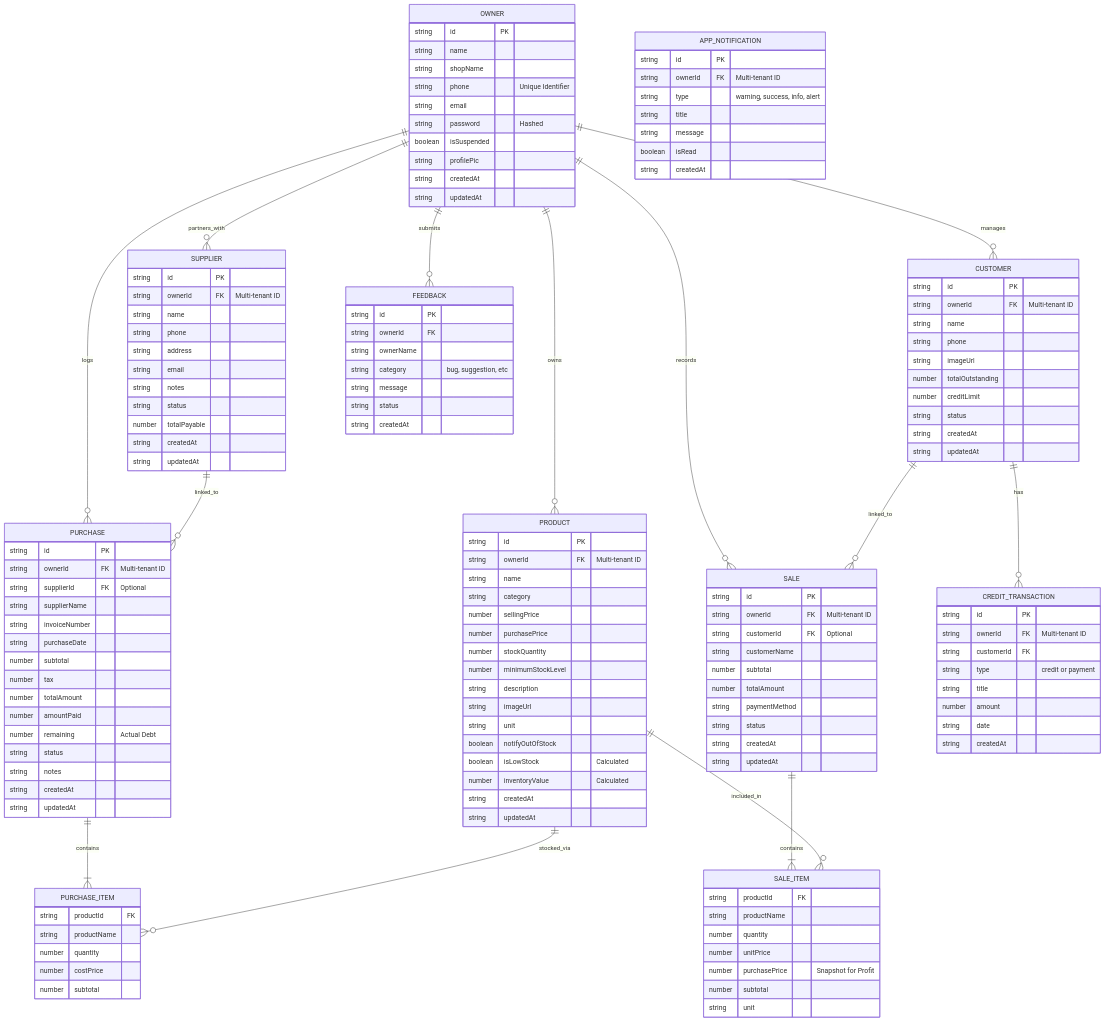
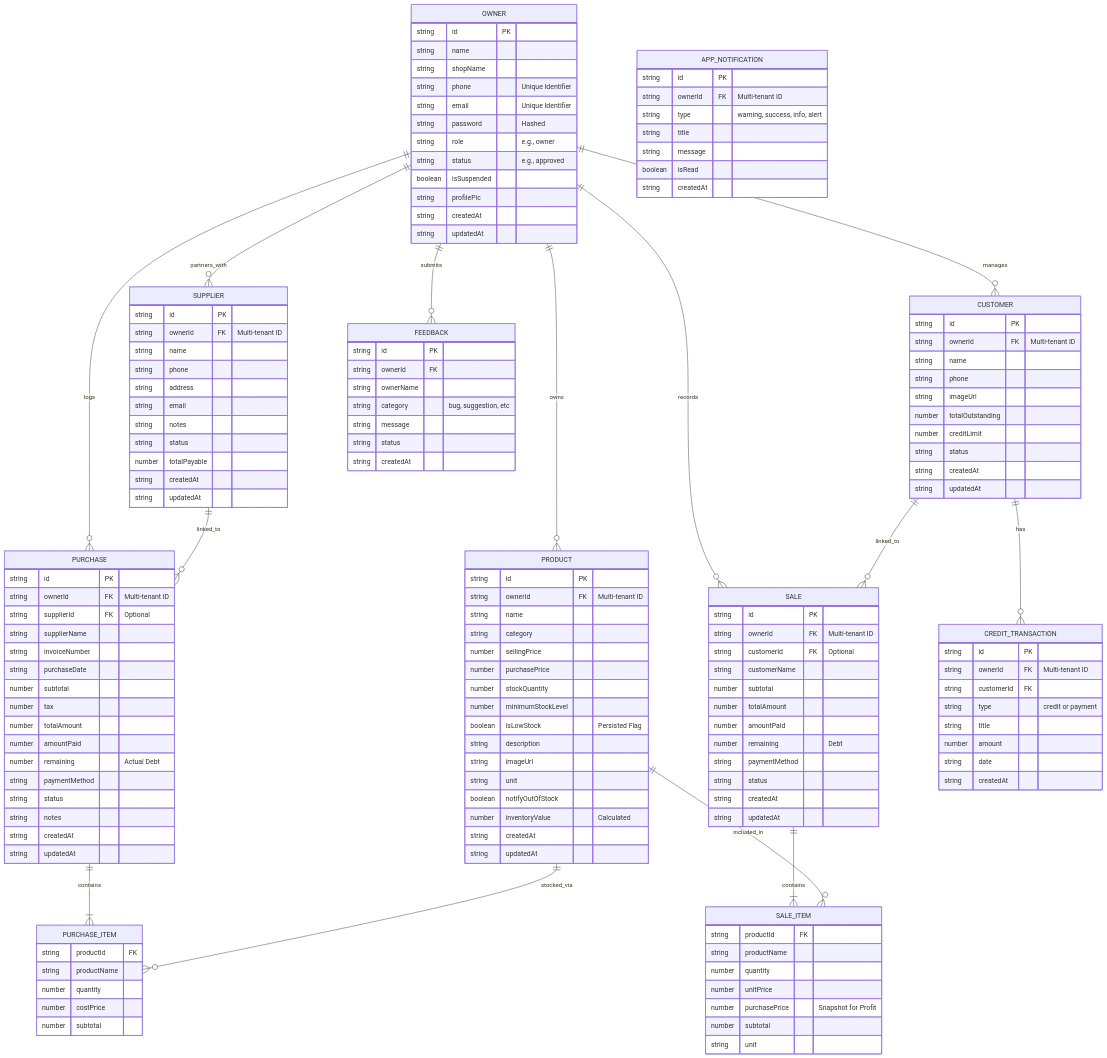
One commit to dilshan-code/ITP_KANDY_7 changed the diagram in diagrams/er_diagram.md. Above: the diagram before and after it, drawn with Mermaid. The commit also changed other lines of this file and 5 other files, not shown here.

```diff
--- a/diagrams/er_diagram.md
+++ b/diagrams/er_diagram.md
@@ -12,8 +12,10 @@
         string name
         string shopName
         string phone "Unique Identifier"
-        string email
+        string email "Unique Identifier"
         string password "Hashed"
+        string role "e.g., owner"
+        string status "e.g., approved"
         boolean isSuspended
         string profilePic
         string createdAt
@@ -56,11 +58,11 @@
         number purchasePrice
         number stockQuantity
         number minimumStockLevel
+        boolean isLowStock "Persisted Flag"
         string description
         string imageUrl
         string unit
         boolean notifyOutOfStock
-        boolean isLowStock "Calculated"
         number inventoryValue "Calculated"
         string createdAt
         string updatedAt
@@ -73,6 +75,8 @@
         string customerName
         number subtotal
         number totalAmount
+        number amountPaid
+        number remaining "Debt"
         string paymentMethod
         string status
         string createdAt
@@ -91,6 +95,7 @@
         number totalAmount
         number amountPaid
         number remaining "Actual Debt"
+        string paymentMethod
         string status
         string notes
         string createdAt
```
